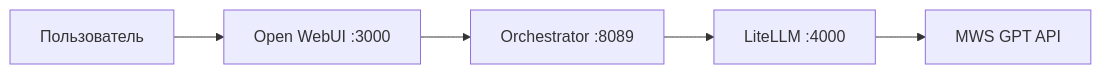
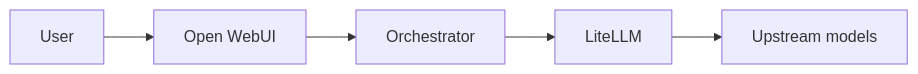
One commit to FUYOH666/scanovich-webUI changed the diagram in README.md. Above: the diagram before and after it, drawn with Mermaid. The commit also changed other lines of this file and 23 other files, not shown here.

````diff
--- a/README.md
+++ b/README.md
@@ -63,13 +52,10 @@
 ```mermaid
 flowchart LR
-  U[Пользователь]
-  W[Open WebUI :3000]
-  O[Orchestrator :8089]
-  L[LiteLLM :4000]
-  M[MWS GPT API]
+  U[User]
+  W[Open WebUI]
+  O[Orchestrator]
+  L[LiteLLM]
+  M[Upstream models]
 
-  U --> W
-  W --> O
-  O --> L
-  L --> M
+  U --> W --> O --> L --> M
 ```
````
